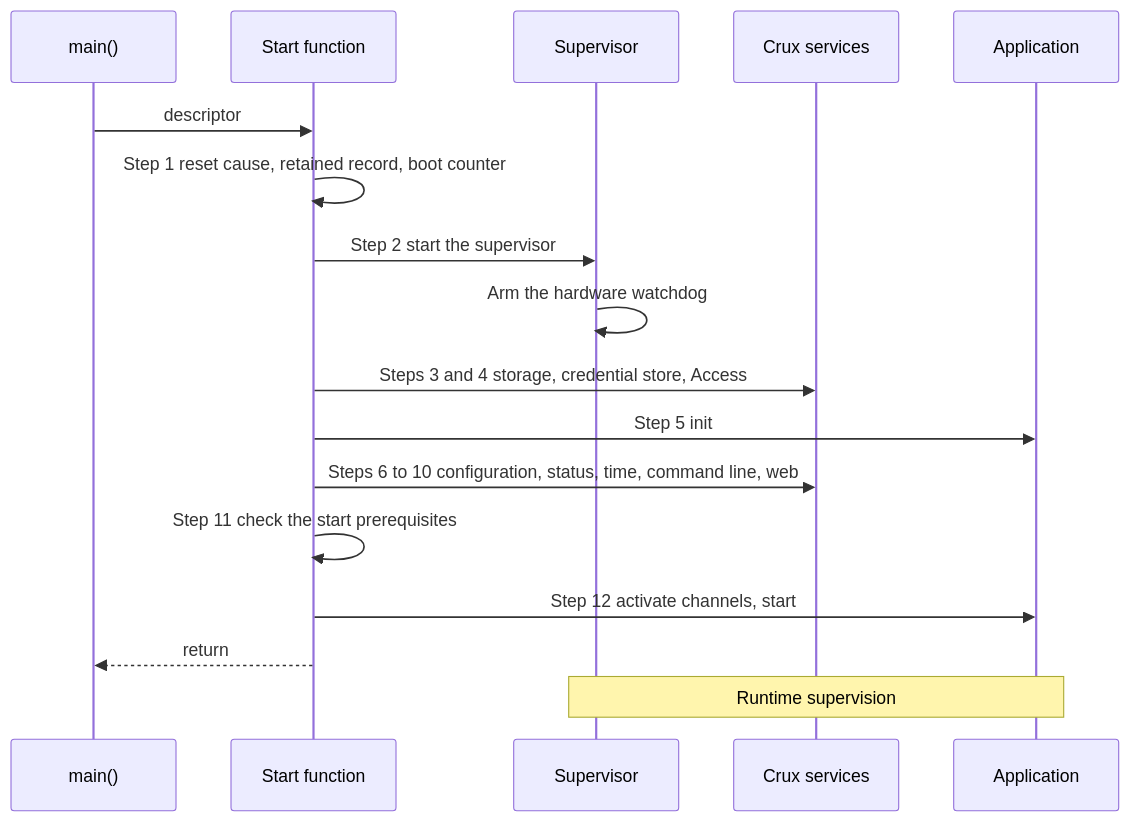
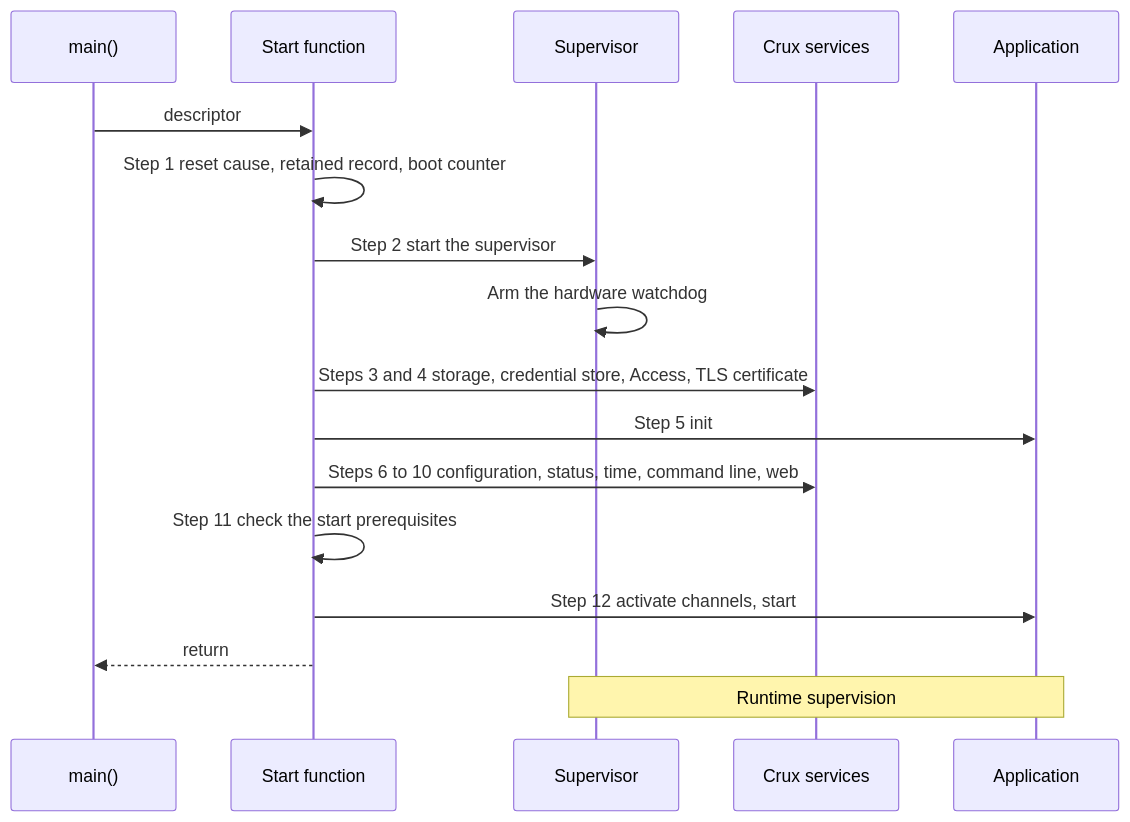
The diagram in docs/design/controller-framework-spec.md (wonny-labs/crux-controller), drawn with Mermaid before and after one commit. The commit also changed other lines of this file and 2 other files, not shown here.

````diff
--- a/docs/design/controller-framework-spec.md
+++ b/docs/design/controller-framework-spec.md
@@ -202,19 +202,19 @@
 ```mermaid
 sequenceDiagram
     participant M as main()
     participant F as Start function
     participant S as Supervisor
     participant C as Crux services
     participant A as Application
     M->>F: descriptor
     F->>F: Step 1 reset cause, retained record, boot counter
     F->>S: Step 2 start the supervisor
     S->>S: Arm the hardware watchdog
-    F->>C: Steps 3 and 4 storage, credential store, Access
+    F->>C: Steps 3 and 4 storage, credential store, Access, TLS certificate
     F->>A: Step 5 init
     F->>C: Steps 6 to 10 configuration, status, time, command line, web
     F->>F: Step 11 check the start prerequisites
     F->>A: Step 12 activate channels, start
     F-->>M: return
     Note over S,A: Runtime supervision
 ```
````
